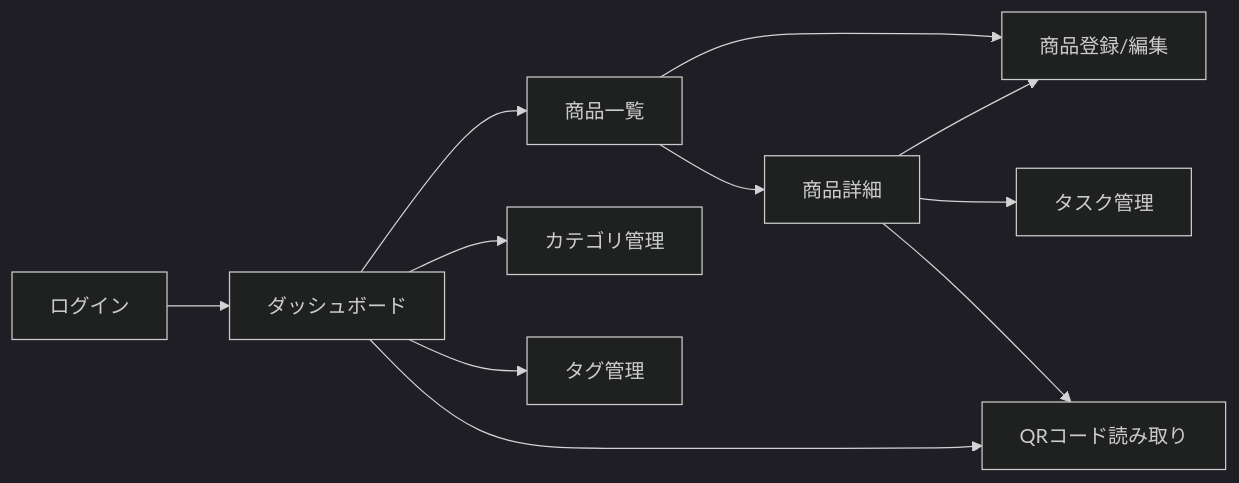
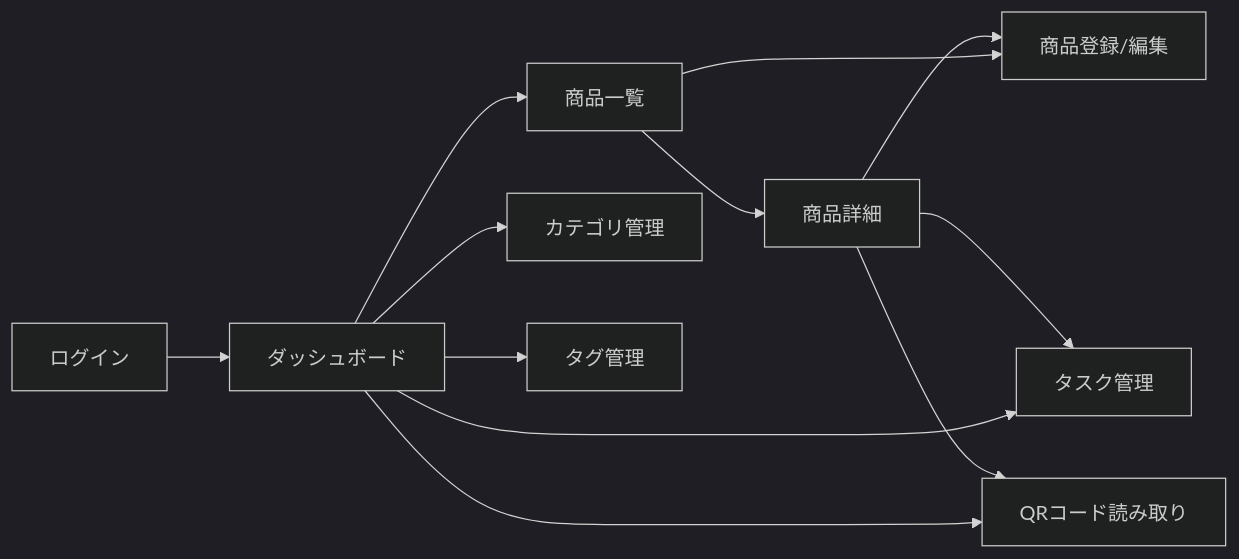
Before and after one commit to Cat5Dog2/Handmade_Item_Management: the second of 5 diagrams in docs/basic_design.md, drawn with Mermaid (dark theme). The commit also changed other lines of this file and 9 other files, not shown here.

````diff
--- a/docs/basic_design.md
+++ b/docs/basic_design.md
@@ -180,13 +183,14 @@
 ```mermaid
 flowchart LR
     L[ログイン] --> D[ダッシュボード]
     D --> P[商品一覧]
+    D --> T[タスク管理]
+    D --> Q[QRコード読み取り]
+    D --> C[カテゴリ管理]
+    D --> G[タグ管理]
     P --> PD[商品詳細]
     P --> PE[商品登録/編集]
     PD --> PE
     PD --> T[タスク管理]
     PD --> Q[QRコード読み取り]
-    D --> Q
-    D --> C[カテゴリ管理]
-    D --> G[タグ管理]
 ```
````
